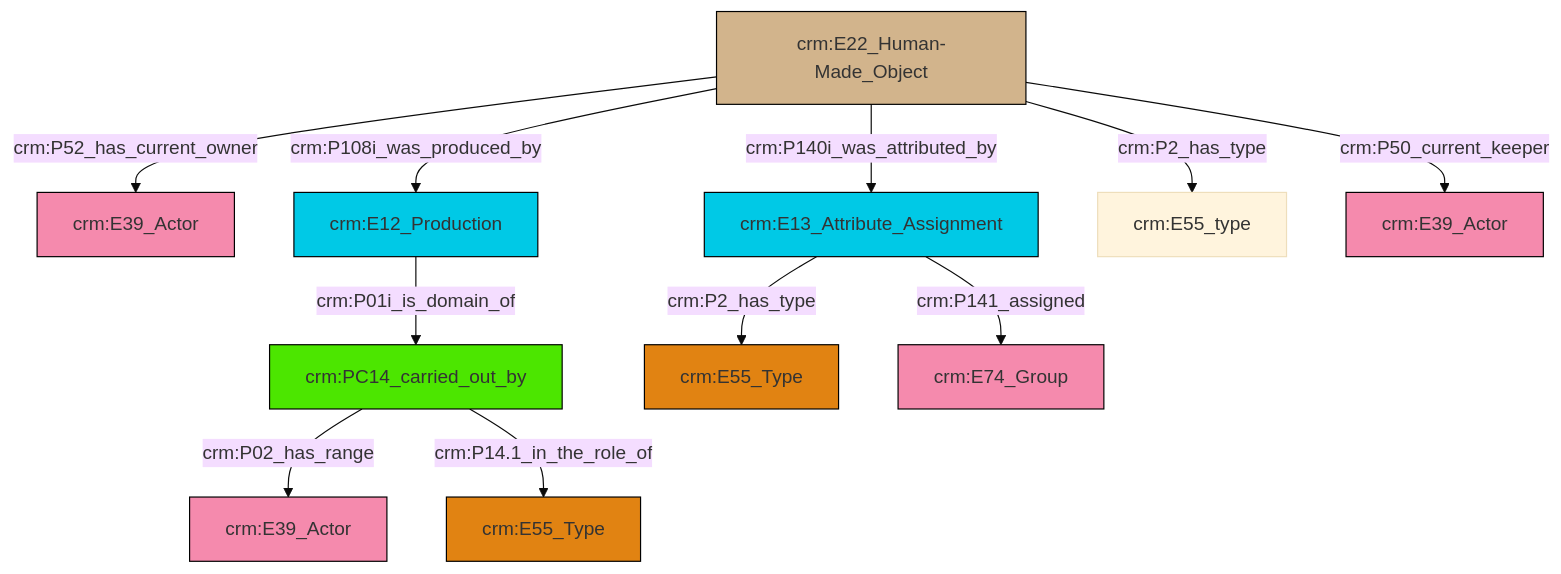
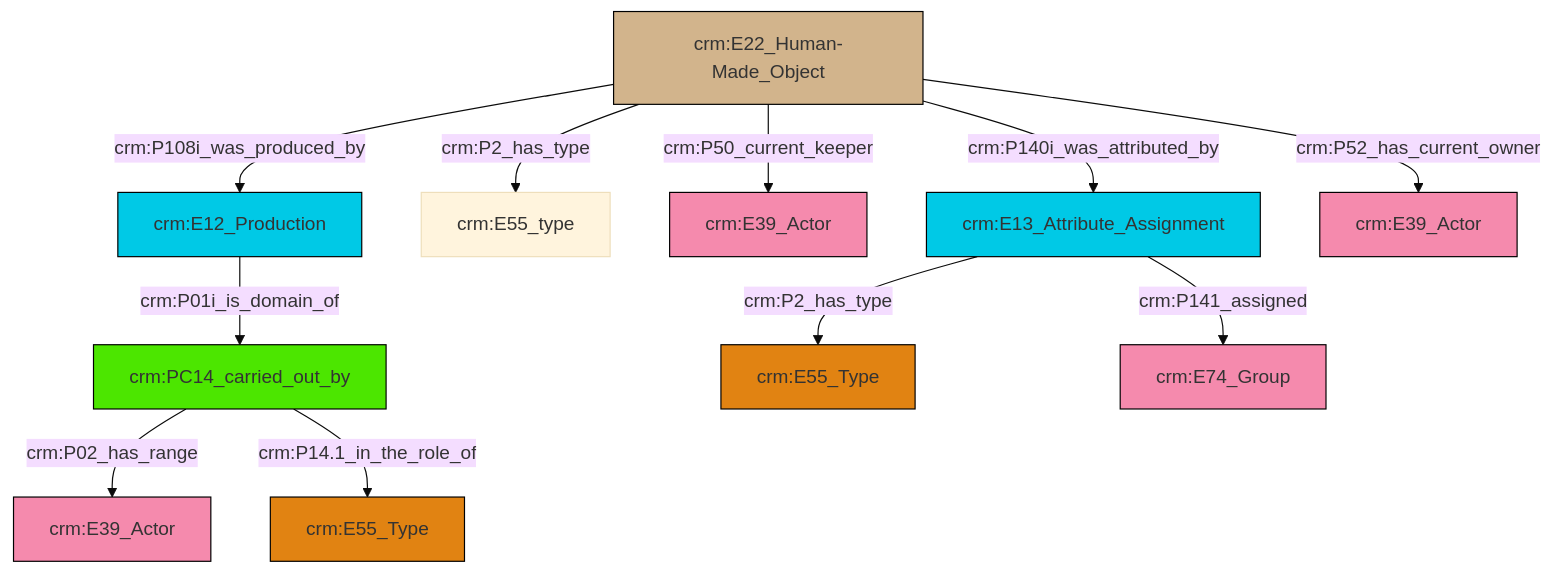
Before and after one commit to swiss-art-research-net/reference-data-models: the diagram in et/artworkCSV/ttl/mmd/Artwork_Actor_Relations.ttl.mmd, drawn with Mermaid (base theme). The commit also changed 127 other files, not shown here.

```diff
--- a/et/artworkCSV/ttl/mmd/Artwork_Actor_Relations.ttl.mmd
+++ b/et/artworkCSV/ttl/mmd/Artwork_Actor_Relations.ttl.mmd
@@ -1,25 +1,25 @@
 graph TD
 classDef Literal fill:#f2f2f2,stroke:#000000;
 classDef CRM_Entity fill:#FFFFFF,stroke:#000000;
 classDef Temporal_Entity fill:#00C9E6, stroke:#000000;
 classDef Type fill:#E18312, stroke:#000000;
 classDef Time-Span fill:#2C9C91, stroke:#000000;
 classDef Appellation fill:#FFEB7F, stroke:#000000;
 classDef Place fill:#008836, stroke:#000000;
 classDef Persistent_Item fill:#B266B2, stroke:#000000;
 classDef Conceptual_Object fill:#FFD700, stroke:#000000;
 classDef Physical_Thing fill:#D2B48C, stroke:#000000;
 classDef Actor fill:#f58aad, stroke:#000000;
 classDef PC_Classes fill:#4ce600, stroke:#000000;
 classDef Multi fill:#cccccc,stroke:#000000;
 
-4["crm:E22_Human-Made_Object"]:::Physical_Thing -->|crm:P52_has_current_owner| 5["crm:E39_Actor"]:::Actor
-4["crm:E22_Human-Made_Object"]:::Physical_Thing -->|crm:P108i_was_produced_by| 6["crm:E12_Production"]:::Temporal_Entity
-6["crm:E12_Production"]:::Temporal_Entity -->|crm:P01i_is_domain_of| 8["crm:PC14_carried_out_by"]:::PC_Classes
-4["crm:E22_Human-Made_Object"]:::Physical_Thing -->|crm:P140i_was_attributed_by| 10["crm:E13_Attribute_Assignment"]:::Temporal_Entity
-10["crm:E13_Attribute_Assignment"]:::Temporal_Entity -->|crm:P2_has_type| 0["crm:E55_Type"]:::Type
-4["crm:E22_Human-Made_Object"]:::Physical_Thing -->|crm:P2_has_type| 14["crm:E55_type"]:::Default
-10["crm:E13_Attribute_Assignment"]:::Temporal_Entity -->|crm:P141_assigned| 17["crm:E74_Group"]:::Actor
-8["crm:PC14_carried_out_by"]:::PC_Classes -->|crm:P02_has_range| 18["crm:E39_Actor"]:::Actor
-8["crm:PC14_carried_out_by"]:::PC_Classes -->|crm:P14.1_in_the_role_of| 12["crm:E55_Type"]:::Type
-4["crm:E22_Human-Made_Object"]:::Physical_Thing -->|crm:P50_current_keeper| 2["crm:E39_Actor"]:::Actor
+0["crm:E22_Human-Made_Object"]:::Physical_Thing -->|crm:P140i_was_attributed_by| 1["crm:E13_Attribute_Assignment"]:::Temporal_Entity
+0["crm:E22_Human-Made_Object"]:::Physical_Thing -->|crm:P2_has_type| 2["crm:E55_type"]:::Default
+7["crm:E12_Production"]:::Temporal_Entity -->|crm:P01i_is_domain_of| 8["crm:PC14_carried_out_by"]:::PC_Classes
+0["crm:E22_Human-Made_Object"]:::Physical_Thing -->|crm:P52_has_current_owner| 9["crm:E39_Actor"]:::Actor
+0["crm:E22_Human-Made_Object"]:::Physical_Thing -->|crm:P50_current_keeper| 5["crm:E39_Actor"]:::Actor
+1["crm:E13_Attribute_Assignment"]:::Temporal_Entity -->|crm:P141_assigned| 14["crm:E74_Group"]:::Actor
+1["crm:E13_Attribute_Assignment"]:::Temporal_Entity -->|crm:P2_has_type| 11["crm:E55_Type"]:::Type
+0["crm:E22_Human-Made_Object"]:::Physical_Thing -->|crm:P108i_was_produced_by| 7["crm:E12_Production"]:::Temporal_Entity
+8["crm:PC14_carried_out_by"]:::PC_Classes -->|crm:P02_has_range| 17["crm:E39_Actor"]:::Actor
+8["crm:PC14_carried_out_by"]:::PC_Classes -->|crm:P14.1_in_the_role_of| 3["crm:E55_Type"]:::Type
```
